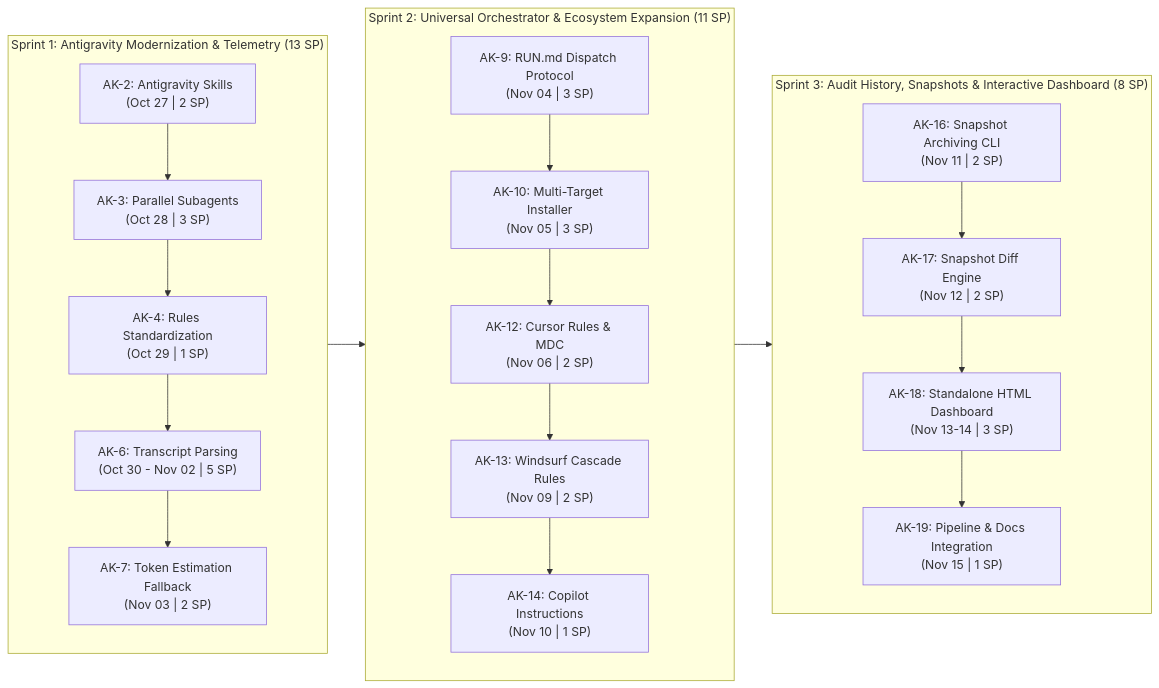
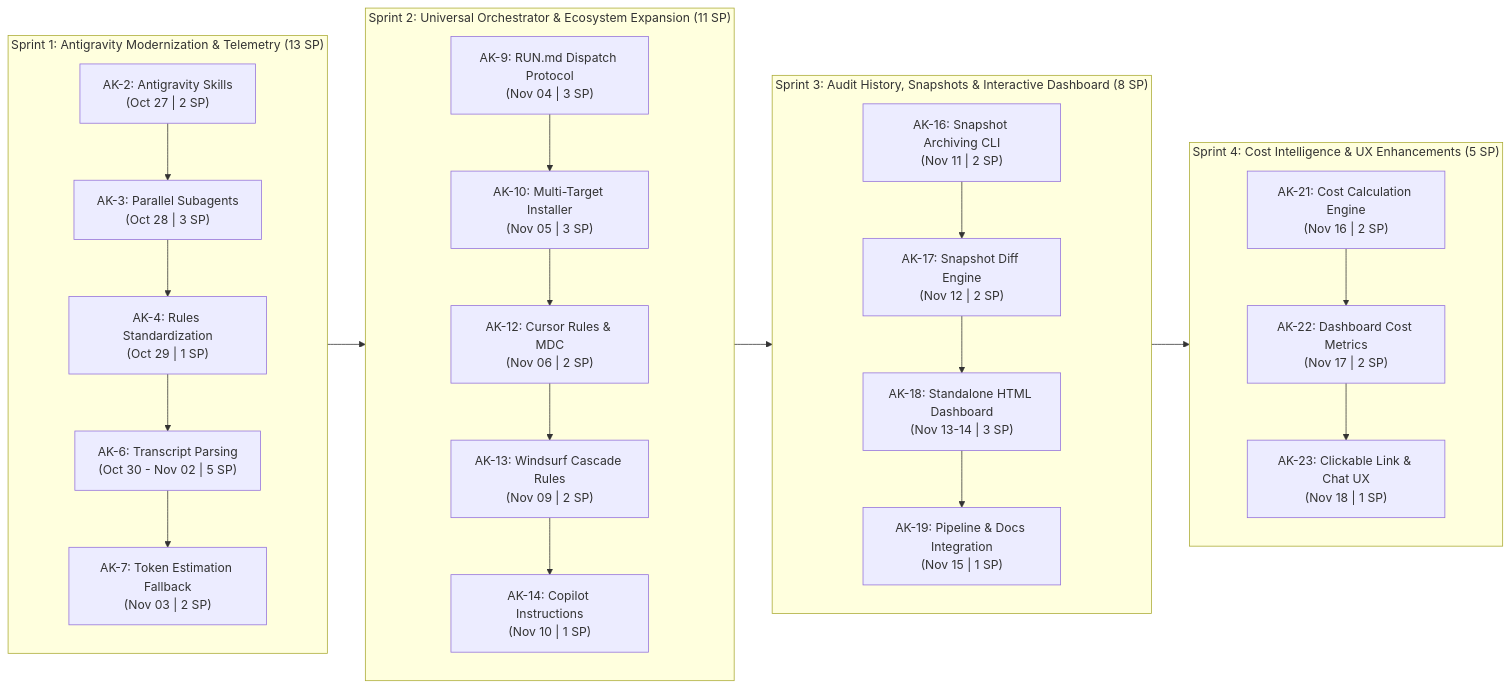
Before and after one commit to victorfigueira/audit-kit: the diagram in BACKLOG.md, drawn with Mermaid. The commit also changed other lines of this file and 11 other files, not shown here.

Commit message:
v2.10.0: automated audit cost calculation, dashboard cost metrics, and one-click chat links

````diff
--- a/BACKLOG.md
+++ b/BACKLOG.md
@@ -12,27 +12,33 @@
 ```mermaid
 flowchart LR
     subgraph S1["Sprint 1: Antigravity Modernization & Telemetry (13 SP)"]
         direction TB
         AK2["AK-2: Antigravity Skills<br/>(Oct 27 | 2 SP)"] --> AK3["AK-3: Parallel Subagents<br/>(Oct 28 | 3 SP)"]
         AK3 --> AK4["AK-4: Rules Standardization<br/>(Oct 29 | 1 SP)"]
         AK4 --> AK6["AK-6: Transcript Parsing<br/>(Oct 30 - Nov 02 | 5 SP)"]
         AK6 --> AK7["AK-7: Token Estimation Fallback<br/>(Nov 03 | 2 SP)"]
     end
 
     subgraph S2["Sprint 2: Universal Orchestrator & Ecosystem Expansion (11 SP)"]
         direction TB
         AK9["AK-9: RUN.md Dispatch Protocol<br/>(Nov 04 | 3 SP)"] --> AK10["AK-10: Multi-Target Installer<br/>(Nov 05 | 3 SP)"]
         AK10 --> AK12["AK-12: Cursor Rules & MDC<br/>(Nov 06 | 2 SP)"]
         AK12 --> AK13["AK-13: Windsurf Cascade Rules<br/>(Nov 09 | 2 SP)"]
         AK13 --> AK14["AK-14: Copilot Instructions<br/>(Nov 10 | 1 SP)"]
     end
 
     subgraph S3["Sprint 3: Audit History, Snapshots & Interactive Dashboard (8 SP)"]
         direction TB
         AK16["AK-16: Snapshot Archiving CLI<br/>(Nov 11 | 2 SP)"] --> AK17["AK-17: Snapshot Diff Engine<br/>(Nov 12 | 2 SP)"]
         AK17 --> AK18["AK-18: Standalone HTML Dashboard<br/>(Nov 13-14 | 3 SP)"]
         AK18 --> AK19["AK-19: Pipeline & Docs Integration<br/>(Nov 15 | 1 SP)"]
     end
 
-    S1 --> S2 --> S3
+    subgraph S4["Sprint 4: Cost Intelligence & UX Enhancements (5 SP)"]
+        direction TB
+        AK21["AK-21: Cost Calculation Engine<br/>(Nov 16 | 2 SP)"] --> AK22["AK-22: Dashboard Cost Metrics<br/>(Nov 17 | 2 SP)"]
+        AK22 --> AK23["AK-23: Clickable Link & Chat UX<br/>(Nov 18 | 1 SP)"]
+    end
+
+    S1 --> S2 --> S3 --> S4
 ```
````
